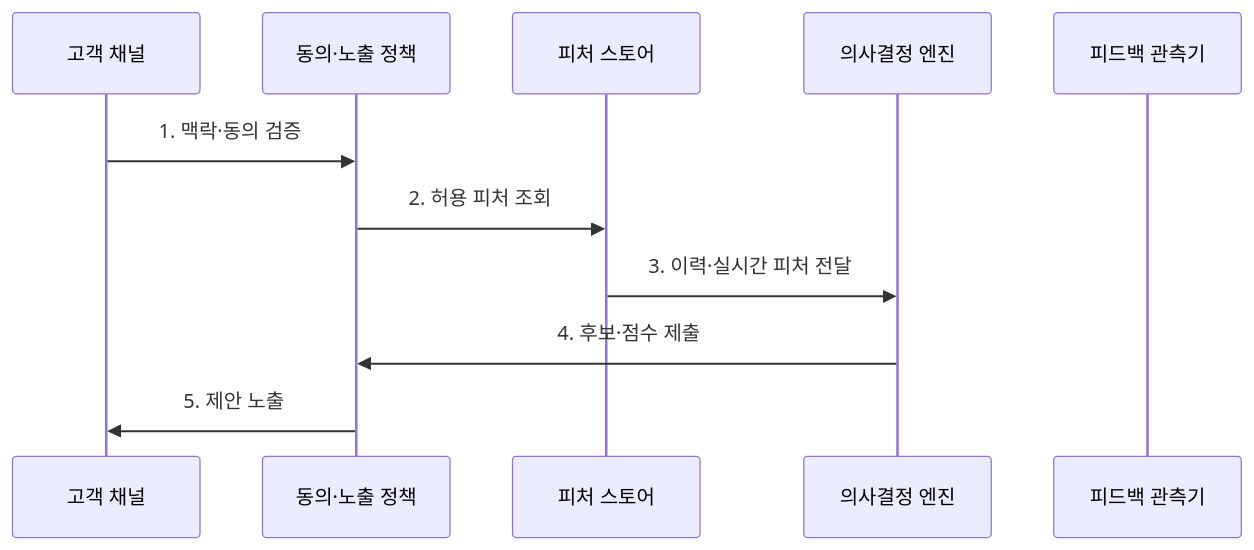
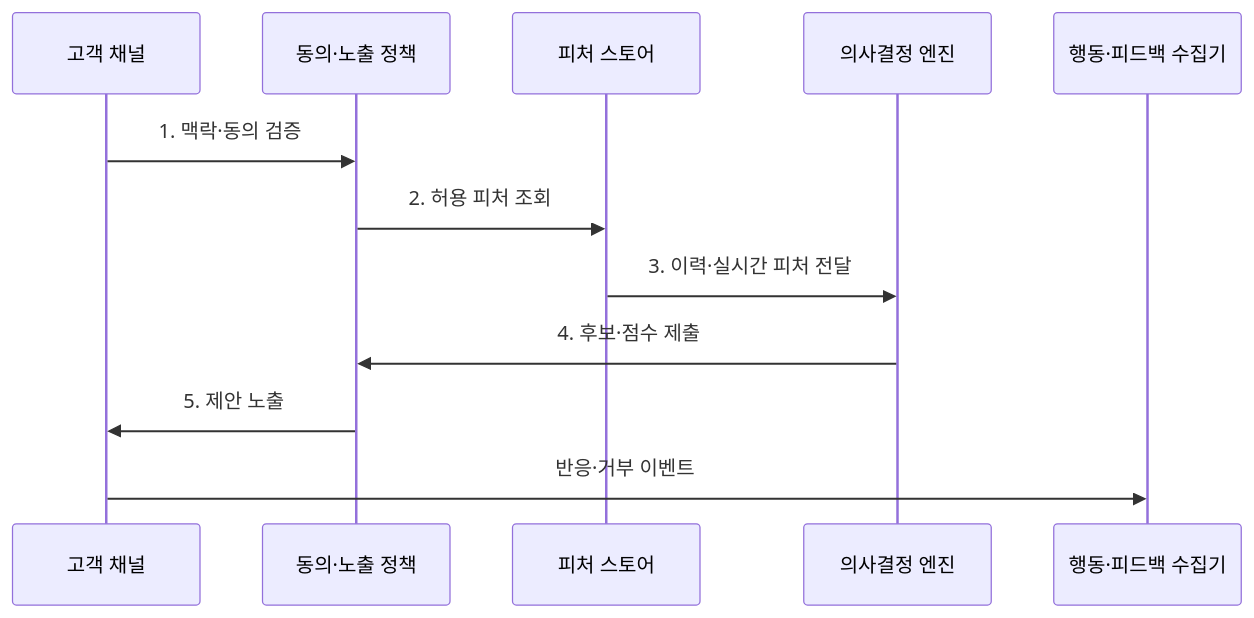
Before and after one commit to agnusdei1207/knowledge-base: the second of 2 diagrams in src/content/docs/notes/03-software/210_hyper_personalization_service.md, drawn with Mermaid. The commit also changed other lines of this file and 20 other files, not shown here.

````diff
--- a/src/content/docs/notes/03-software/210_hyper_personalization_service.md
+++ b/src/content/docs/notes/03-software/210_hyper_personalization_service.md
@@ -84,15 +86,16 @@
 ```mermaid
 sequenceDiagram
     participant C as 고객 채널
     participant P as 동의·노출 정책
     participant F as 피처 스토어
     participant D as 의사결정 엔진
-    participant O as 피드백 관측기
+    participant O as 행동·피드백 수집기
     C->>P: 1. 맥락·동의 검증
     P->>F: 2. 허용 피처 조회
     F->>D: 3. 이력·실시간 피처 전달
     D->>P: 4. 후보·점수 제출
     P->>C: 5. 제안 노출
+    C->>O: 반응·거부 이벤트
 
 
 ```
````
